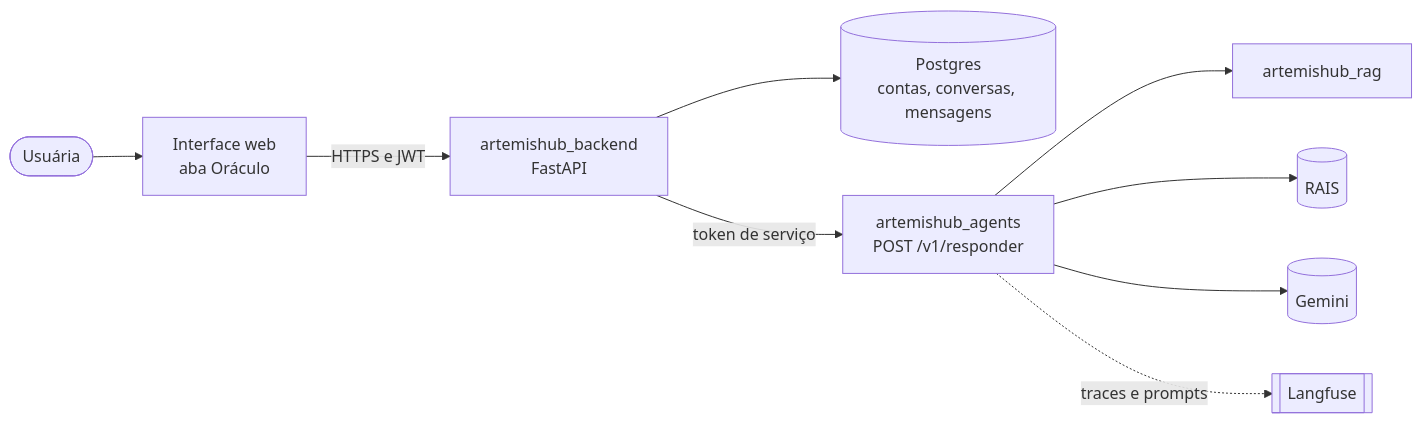
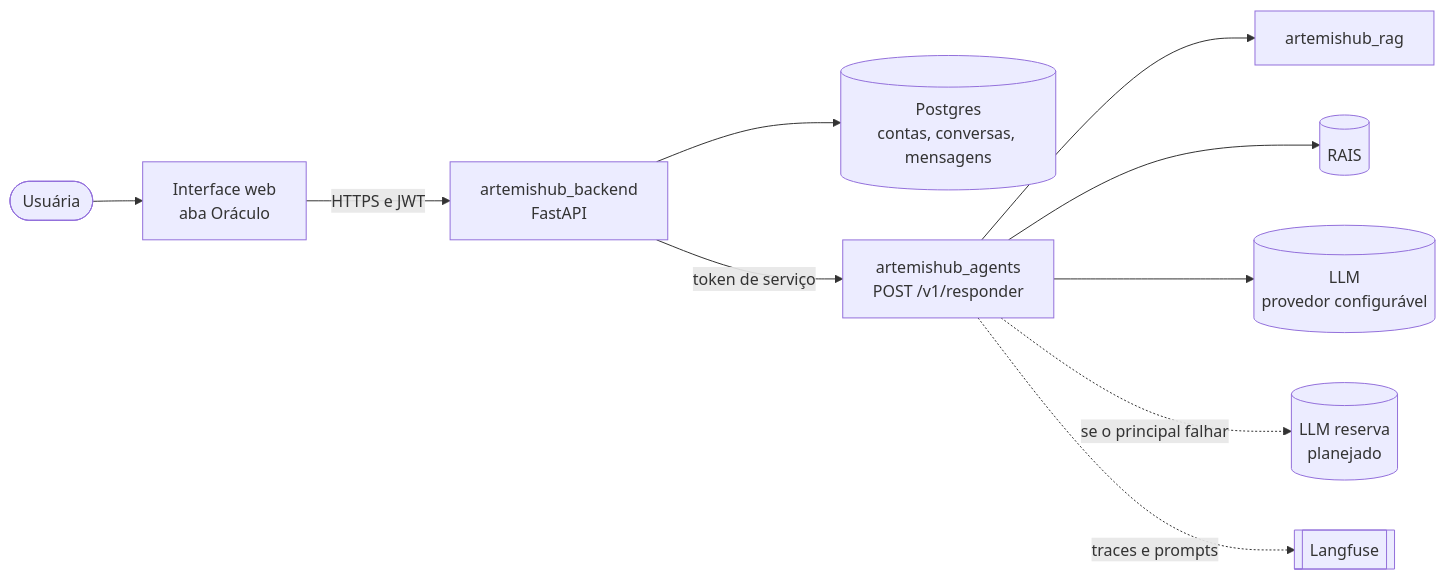
Before and after one commit to ArtemisHubApp/artemishub_docs: the first of 2 diagrams in docs/arquitetura/backend.md, drawn with Mermaid. The commit also changed other lines of this file and 3 other files, not shown here.

Commit message:
docs: diagramas com LLM configurável e reserva planejado (#38)

````diff
--- a/docs/arquitetura/backend.md
+++ b/docs/arquitetura/backend.md
@@ -15,11 +15,12 @@
 ```mermaid
 flowchart LR
     U([Usuária]) --> FE[Interface web<br/>aba Oráculo]
     FE -- HTTPS e JWT --> BE[artemishub_backend<br/>FastAPI]
     BE --> DB[(Postgres<br/>contas, conversas, mensagens)]
     BE -- token de serviço --> AG[artemishub_agents<br/>POST /v1/responder]
     AG --> RAG[artemishub_rag]
     AG --> RAIS[(RAIS)]
-    AG --> LLM[(Gemini)]
+    AG --> LLM[(LLM<br/>provedor configurável)]
+    AG -. se o principal falhar .-> RES[(LLM reserva<br/>planejado)]
     AG -. traces e prompts .-> LF[[Langfuse]]
 ```
````
